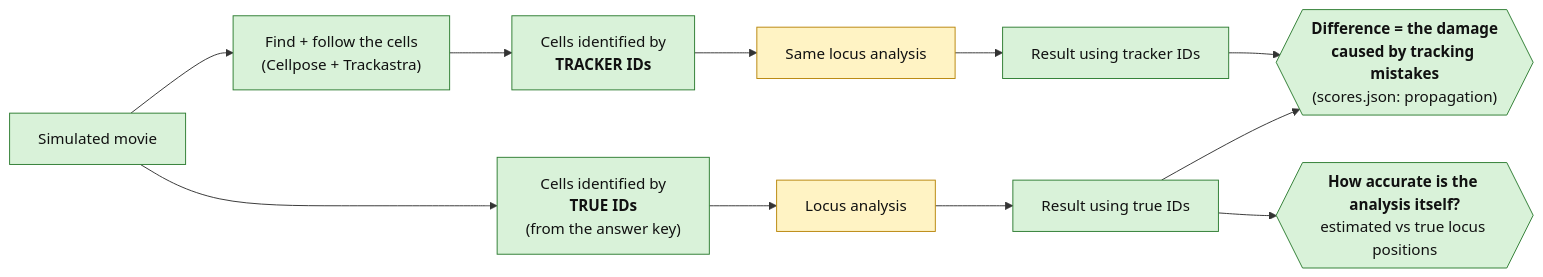
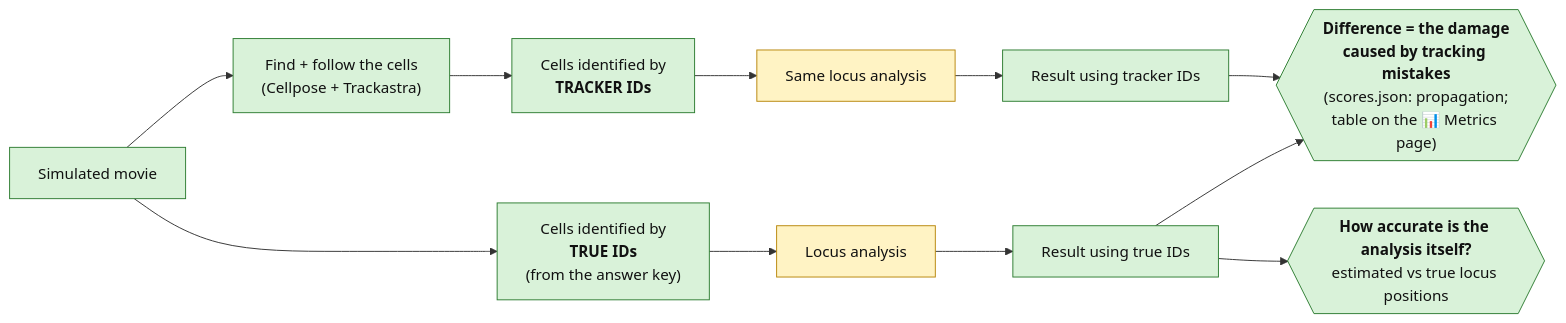
Before and after one commit to CHB-Bohrer/Sim_Live_Cell_Analysis: the fourth of 7 diagrams in docs/ARCHITECTURE.md, drawn with Mermaid. The commit also changed other lines of this file and 45 other files, not shown here.

````diff
--- a/docs/ARCHITECTURE.md
+++ b/docs/ARCHITECTURE.md
@@ -130,18 +130,18 @@
 ```mermaid
 flowchart LR
     MV["Simulated movie"]:::built
     MV --> T["Cells identified by<br/><b>TRUE IDs</b><br/>(from the answer key)"]:::built
     MV --> K["Find + follow the cells<br/>(Cellpose + Trackastra)"]:::built
     K --> TR["Cells identified by<br/><b>TRACKER IDs</b>"]:::built
     T --> A1["Locus analysis"]:::standin
     TR --> A2["Same locus analysis"]:::standin
     A1 --> R1["Result using true IDs"]:::built
     A2 --> R2["Result using tracker IDs"]:::built
-    R1 --> CMP{{"<b>Difference = the damage<br/>caused by tracking mistakes</b><br/>(scores.json: propagation)"}}:::built
+    R1 --> CMP{{"<b>Difference = the damage<br/>caused by tracking mistakes</b><br/>(scores.json: propagation;<br/>table on the 📊 Metrics page)"}}:::built
     R2 --> CMP
     R1 --> ACC{{"<b>How accurate is the analysis itself?</b><br/>estimated vs true locus positions"}}:::built
 
     classDef built fill:#d9f2d9,stroke:#2e7d32,color:#111;
     classDef standin fill:#fff3c4,stroke:#b8860b,color:#111;
     classDef planned fill:#ececec,stroke:#888,stroke-dasharray: 4 3,color:#111;
 ```
````
